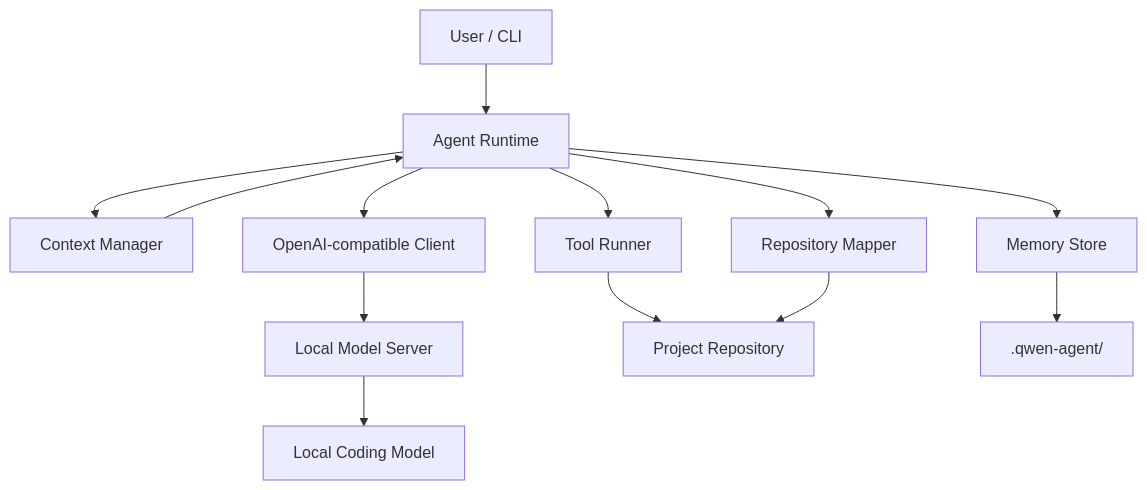
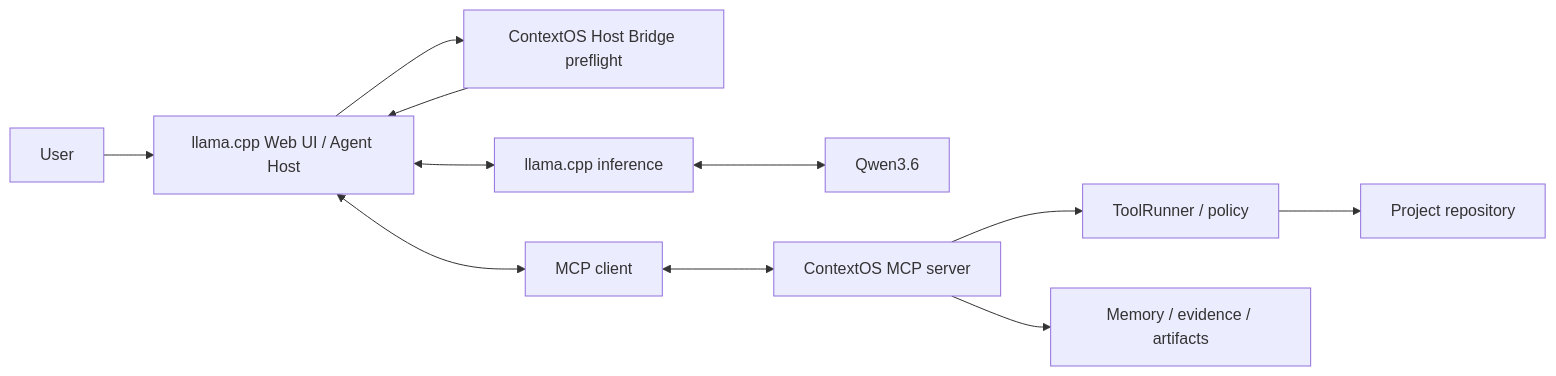
Before and after one commit to HayronHgh/context-os: the diagram in README.md, drawn with Mermaid. The commit also changed other lines of this file and 53 other files, not shown here.

Commit message:
feat(bridge): add bounded host context integration

````diff
--- a/README.md
+++ b/README.md
@@ -96,15 +103,13 @@
 ```mermaid
-flowchart TD
-    U["User / CLI"] --> A["Agent Runtime"]
-    A --> C["Context Manager"]
-    A --> T["Tool Runner"]
-    A --> M["Memory Store"]
-    A --> R["Repository Mapper"]
-    A --> L["OpenAI-compatible Client"]
-    L --> S["Local Model Server"]
-    S --> Q["Local Coding Model"]
-    T --> P["Project Repository"]
-    R --> P
-    M --> D[".qwen-agent/"]
-    C --> A
+flowchart LR
+    U["User"] --> H["llama.cpp Web UI / Agent Host"]
+    H --> B["ContextOS Host Bridge preflight"]
+    B --> H
+    H <--> L["llama.cpp inference"]
+    L <--> Q["Qwen3.6"]
+    H <--> C["MCP client"]
+    C <--> M["ContextOS MCP server"]
+    M --> T["ToolRunner / policy"]
+    M --> D["Memory / evidence / artifacts"]
+    T --> P["Project repository"]
 ```
````
